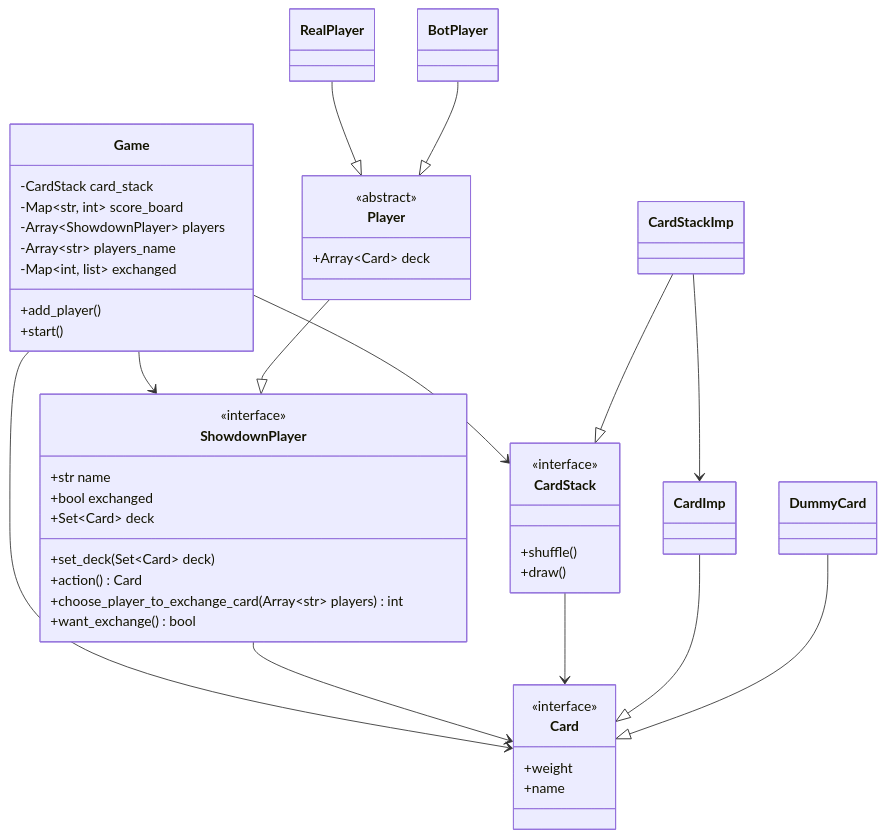
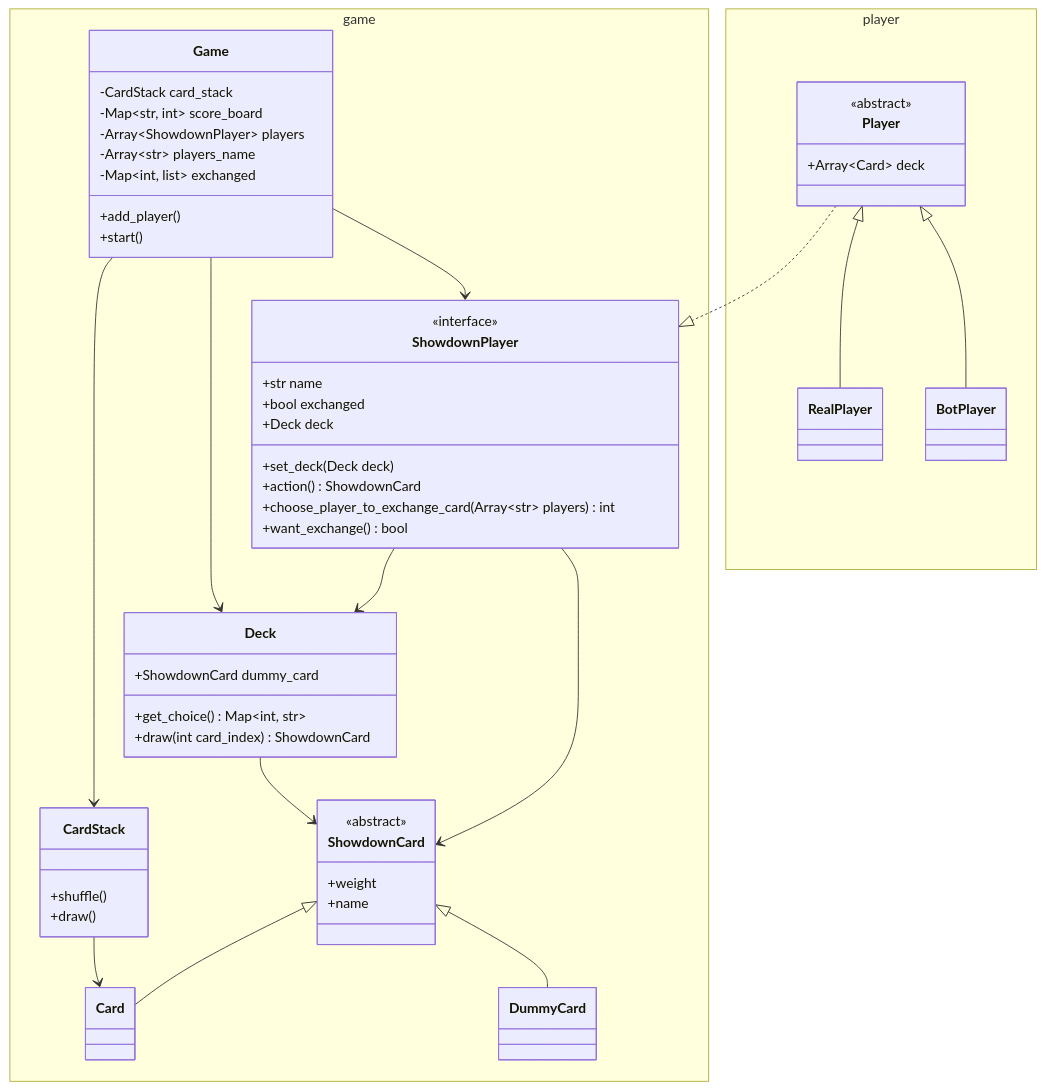
One commit to tomato2718/practice changed the diagram in showdown/docs/專案設計_重構.md. Above: the diagram before and after it, drawn with Mermaid.

Commit message:
Docs: 更新重構後文件

````diff
--- a/showdown/docs/專案設計_重構.md
+++ b/showdown/docs/專案設計_重構.md
@@ -3,67 +3,71 @@
 ```mermaid
 classDiagram
-    class Game {
-        -CardStack card_stack
-        -Map~str, int~ score_board
-        -Array~ShowdownPlayer~ players
-        -Array~str~ players_name
-        -Map~int, list~ exchanged
+    namespace game{
+        class Game {
+            -CardStack card_stack
+            -Map~str, int~ score_board
+            -Array~ShowdownPlayer~ players
+            -Array~str~ players_name
+            -Map~int, list~ exchanged
 
-        +add_player()
-        +start()
+            +add_player()
+            +start()
+        }
+
+        class CardStack {
+            +shuffle()
+            +draw()
+        }
+
+        class ShowdownCard {
+            <<abstract>>
+            +weight
+            +name
+        }
+
+        class ShowdownPlayer {
+            <<interface>>
+            +str name
+            +bool exchanged
+            +Deck deck
+            
+            +set_deck(Deck deck)
+            +action() ShowdownCard
+            +choose_player_to_exchange_card(Array~str~ players) int
+            +want_exchange() bool
+        }
+
+        class Deck {
+            +ShowdownCard dummy_card
+
+            +get_choice() Map~int, str~
+            +draw(int card_index) ShowdownCard
+        }
+
+        class Card
+        class DummyCard
+    }
+    Game --> CardStack
+    Game --> ShowdownPlayer
+    Game --> Deck
+    CardStack --> Card
+    Deck --> ShowdownCard
+    ShowdownPlayer --> ShowdownCard
+    ShowdownPlayer --> Deck
+    ShowdownCard <|-- Card
+    ShowdownCard <|-- DummyCard
+
+    namespace player{
+        class Player {
+            <<abstract>>
+            +Array~Card~ deck
+        }
+        class RealPlayer
+        class BotPlayer
     }
 
-    class Card {
-        <<interface>>
-        +weight
-        +name
-    }
+    Player ..|> ShowdownPlayer
+    Player <|-- RealPlayer
+    Player <|-- BotPlayer
 
-    class CardStack {
-        <<interface>>
-        +shuffle()
-        +draw()
-    }
-
-    class ShowdownPlayer {
-        <<interface>>
-        +str name
-        +bool exchanged
-        +Set~Card~ deck
-        
-        +set_deck(Set~Card~ deck)
-        +action() Card
-        +choose_player_to_exchange_card(Array~str~ players) int
-        +want_exchange() bool
-    }
-    
-    Game --> ShowdownPlayer
-    Game --> CardStack
-    Game --> Card
-    ShowdownPlayer --> Card
-    CardStack --> Card
-
-    %% ----- %%
-
-    class Player {
-        <<abstract>>
-        +Array~Card~ deck
-    }
-    class RealPlayer
-    class BotPlayer
-
-    Player --|> ShowdownPlayer
-    RealPlayer --|> Player
-    BotPlayer --|> Player
-
-    %% ----- %%
-    
-    class CardImp
-    class DummyCard
-    class CardStackImp
-
-    CardImp --|> Card
-    DummyCard --|> Card
-    CardStackImp --|> CardStack
-    CardStackImp --> CardImp
 ```
````
